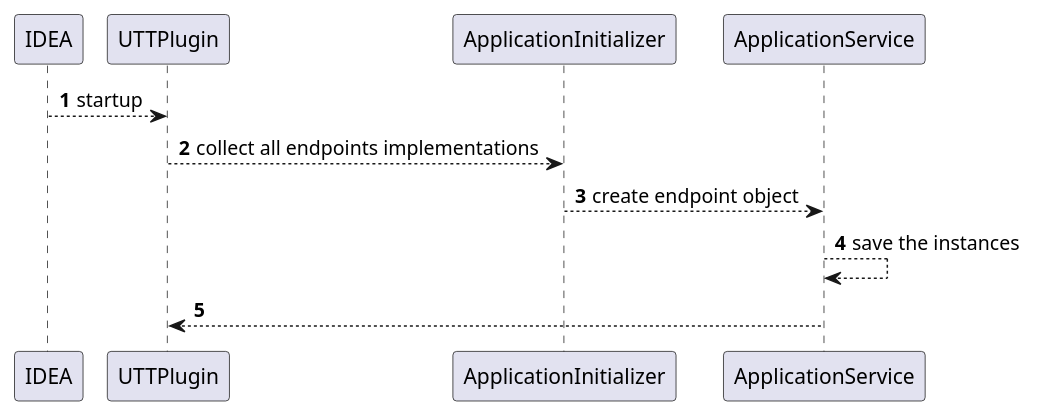
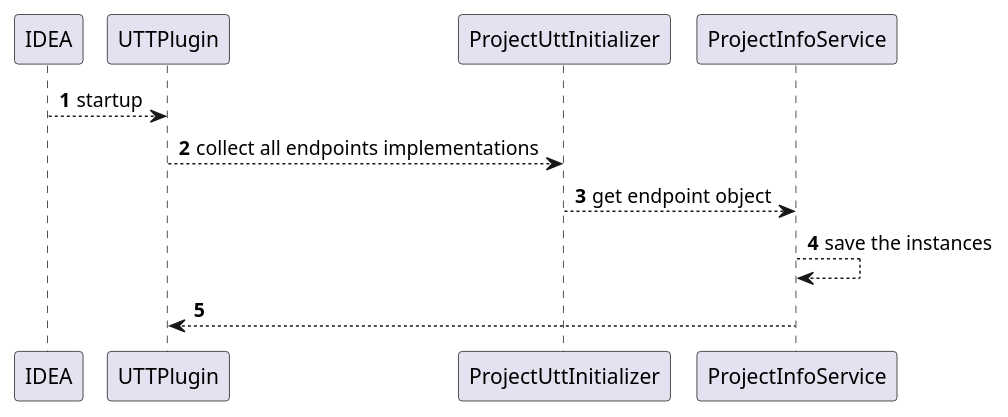
Before and after one commit to mrliuxuhui/UnitTestTools: the diagram in docs/application-initialize.puml, drawn with PlantUML. The commit also changed 14 other files, not shown here.

```diff
--- a/docs/application-initialize.puml
+++ b/docs/application-initialize.puml
@@ -1,12 +1,12 @@
 @startuml
 'https://plantuml.com/sequence-diagram
 
 autonumber
 
 IDEA --> UTTPlugin : startup
-UTTPlugin --> ApplicationInitializer : collect all endpoints implementations
-ApplicationInitializer --> ApplicationService : create endpoint object
-ApplicationService --> ApplicationService : save the instances
-ApplicationService --> UTTPlugin
+UTTPlugin --> ProjectUttInitializer : collect all endpoints implementations
+ProjectUttInitializer --> ProjectInfoService : get endpoint object
+ProjectInfoService --> ProjectInfoService : save the instances
+ProjectInfoService --> UTTPlugin
 
 @enduml
```
